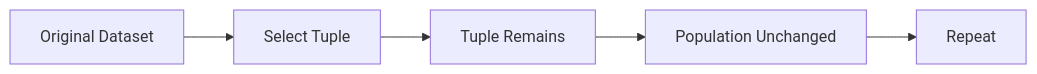
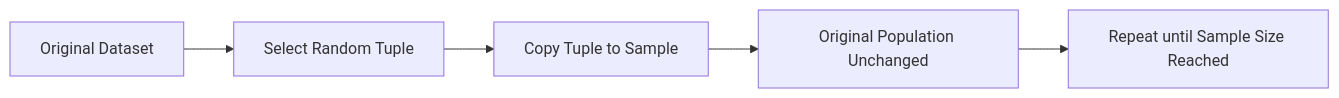
The fifth of 8 diagrams in Trimester 1/Data Preprocessing/W06 - Data Reduction/L1/6.3. Data Sampling.md (Balasubramanian-pg/MSC.-Data-Science-AI), drawn with Mermaid before and after one commit. The commit also changed other lines of this file, not shown here.

````diff
--- a/Trimester 1/Data Preprocessing/W06 - Data Reduction/L1/6.3. Data Sampling.md
+++ b/Trimester 1/Data Preprocessing/W06 - Data Reduction/L1/6.3. Data Sampling.md
@@ -422,11 +316,8 @@
 ```mermaid
 flowchart LR
     A[Original Dataset]
-    --> B[Select Tuple]
-
-    B --> C[Tuple Remains]
-
-    C --> D[Population Unchanged]
-
-    D --> E[Repeat]
+    --> B[Select Random Tuple]
+    B --> C[Copy Tuple to Sample]
+    C --> D[Original Population Unchanged]
+    D --> E[Repeat until Sample Size Reached]
 ```
````
